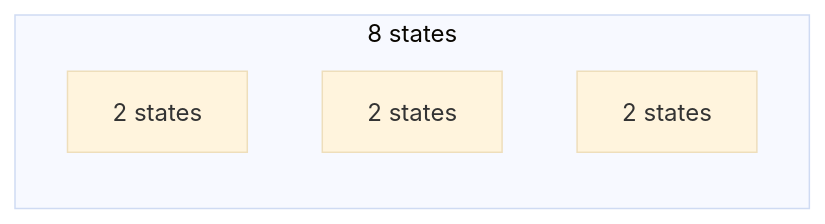
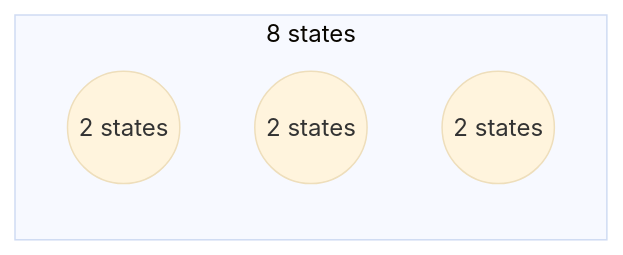
The second of 4 diagrams in notes/info/states.md (sergey-shandar/public), drawn with Mermaid (base theme) before and after one commit. The commit also changed other lines of this file, not shown here.

````diff
--- a/notes/info/states.md
+++ b/notes/info/states.md
@@ -41,8 +41,8 @@
   ```mermaid
   flowchart LR
     subgraph 8 states
-      0[2 states]
-      1[2 states]
-      2[2 states]
+      0((2 states))
+      1((2 states))
+      2((2 states))
     end
   ```  
````
